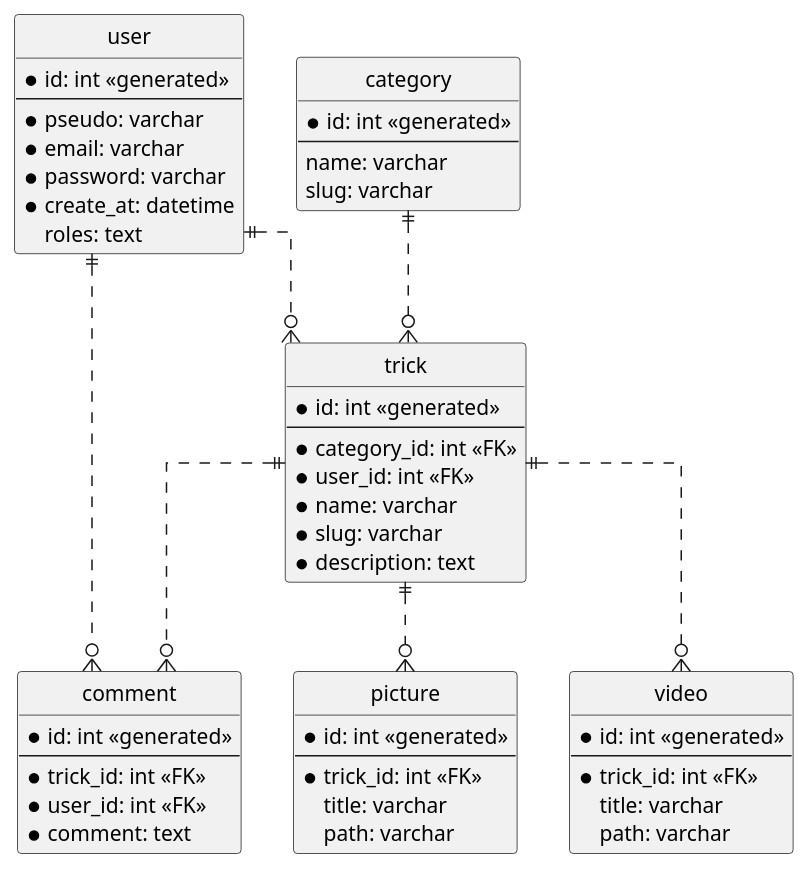
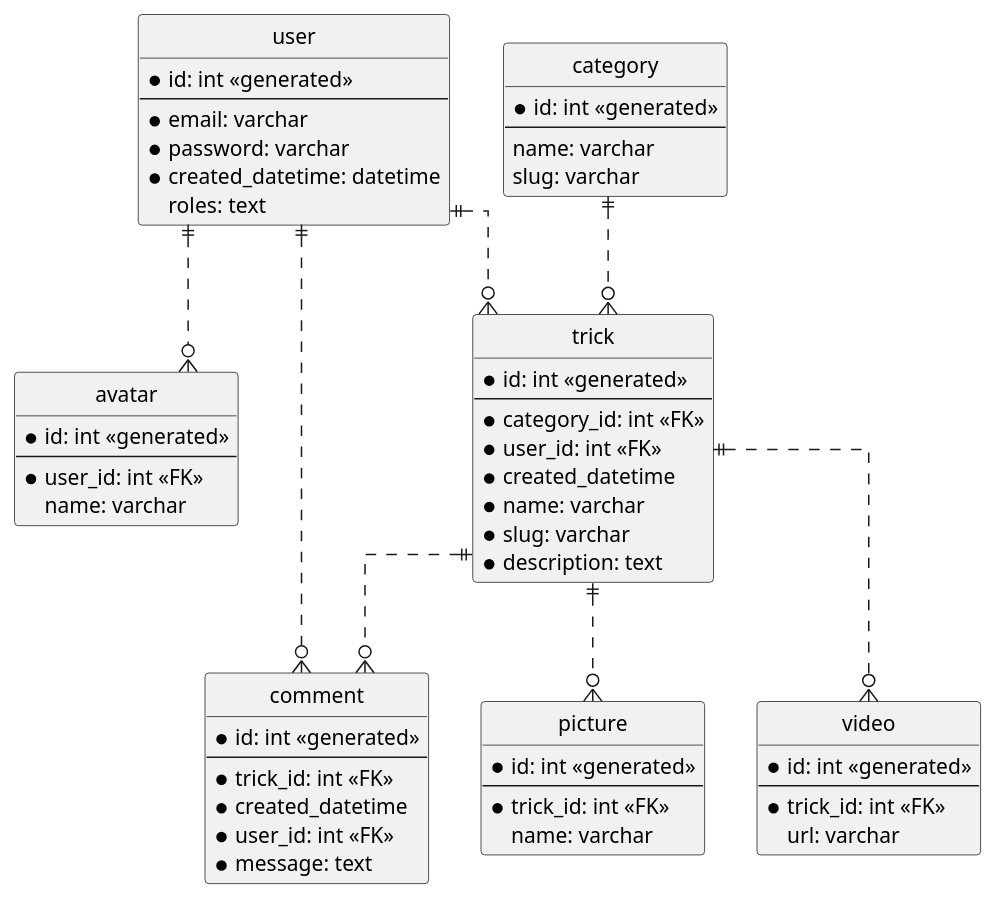
Before and after one commit to sjaulin/snowtricks: the diagram in uml/PhysicalDataModel.puml, drawn with PlantUML. The commit also changed 23 other files, not shown here.

```diff
--- a/uml/PhysicalDataModel.puml
+++ b/uml/PhysicalDataModel.puml
@@ -1,68 +1,77 @@
 @startuml PhysicalDataModel
+'see: https://plantuml.com/fr/ie-diagram
 
 ' hide the spot
 hide circle
 
 ' avoid problems with angled crows feet
 skinparam linetype ortho
 
 entity "user" {
   *id: int <<generated>>
   --
-    *pseudo: varchar
     *email: varchar
     *password: varchar
-    *create_at: datetime
+    *created_datetime: datetime
     roles: text
+}
+
+entity "avatar" {
+  *id: int <<generated>>
+  --
+  *user_id: int <<FK>>
+  name: varchar
 }
 
 entity "category" {
   *id: int <<generated>>
   --
     name: varchar
     slug: varchar
 }
 
 entity "trick" {
   *id: int <<generated>>
   --
   *category_id: int <<FK>>
   *user_id: int <<FK>>
+  *created_datetime
   *name: varchar
   *slug: varchar
   *description: text
 }
 
 entity "comment" {
   *id: int <<generated>>
   --
   *trick_id: int <<FK>>
+  *created_datetime
   *user_id: int <<FK>>
-  *comment: text
+  *message: text
 }
 
 entity "picture" {
   *id: int <<generated>>
   --
   *trick_id: int <<FK>>
-  title: varchar
-  path: varchar
+  name: varchar
 }
 
 entity "video" {
   *id: int <<generated>>
   --
   *trick_id: int <<FK>>
-  title: varchar
-  path: varchar
+  url: varchar
 }
 
 user ||..o{ trick
+user ||..o{ avatar
+
 category ||..o{ trick
 
 trick ||..o{ comment
 trick ||..o{ picture
 trick ||..o{ video
 user ||..o{ comment
 
 @enduml
```
